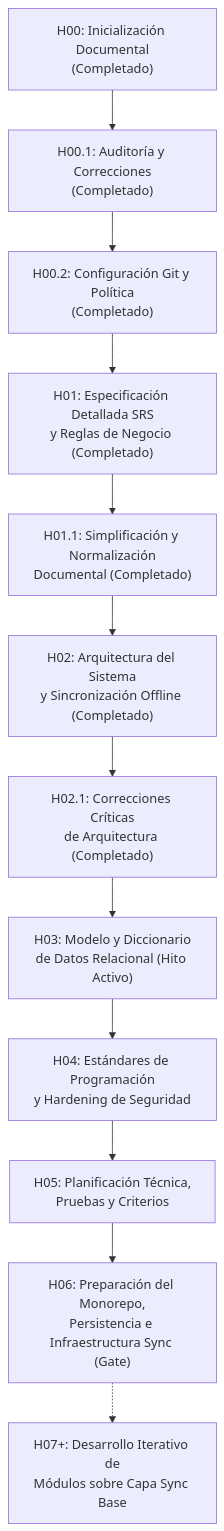
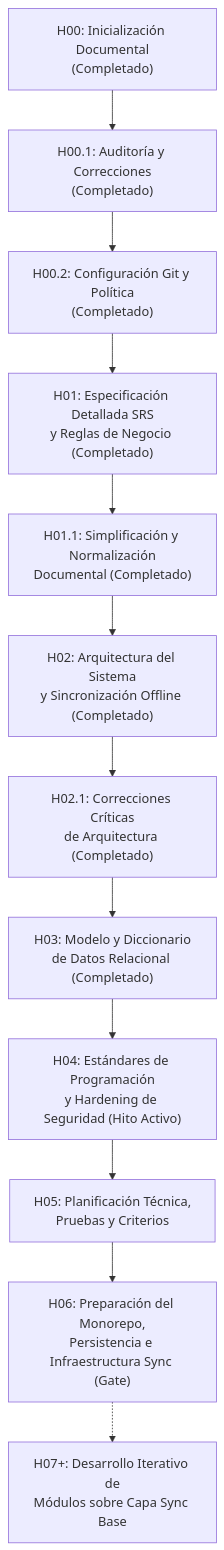
One commit to JMedina255/Proyecto_tienda changed the diagram in docs/05-planificacion/PLAN_DESARROLLO.md. Above: the diagram before and after it, drawn with Mermaid. The commit also changed other lines of this file and 5 other files, not shown here.

Commit message:
docs(h03): modelo relacional y diccionario de datos

````diff
--- a/docs/05-planificacion/PLAN_DESARROLLO.md
+++ b/docs/05-planificacion/PLAN_DESARROLLO.md
@@ -16,14 +16,14 @@
 ```mermaid
 flowchart TD
     H00["H00: Inicialización Documental\n(Completado)"] --> H00_1["H00.1: Auditoría y Correcciones\n(Completado)"]
     H00_1 --> H00_2["H00.2: Configuración Git y Política\n(Completado)"]
     H00_2 --> H01["H01: Especificación Detallada SRS\ny Reglas de Negocio (Completado)"]
     H01 --> H01_1["H01.1: Simplificación y Normalización\nDocumental (Completado)"]
     H01_1 --> H02["H02: Arquitectura del Sistema\ny Sincronización Offline (Completado)"]
     H02 --> H02_1["H02.1: Correcciones Críticas\nde Arquitectura (Completado)"]
-    H02_1 --> H03["H03: Modelo y Diccionario\nde Datos Relacional (Hito Activo)"]
-    H03 --> H04["H04: Estándares de Programación\ny Hardening de Seguridad"]
+    H02_1 --> H03["H03: Modelo y Diccionario\nde Datos Relacional (Completado)"]
+    H03 --> H04["H04: Estándares de Programación\ny Hardening de Seguridad (Hito Activo)"]
     H04 --> H05["H05: Planificación Técnica,\nPruebas y Criterios"]
     H05 --> H06["H06: Preparación del Monorepo,\nPersistencia e Infraestructura Sync (Gate)"]
     H06 -.-> H07["H07+: Desarrollo Iterativo de\nMódulos sobre Capa Sync Base"]
 ```
````
